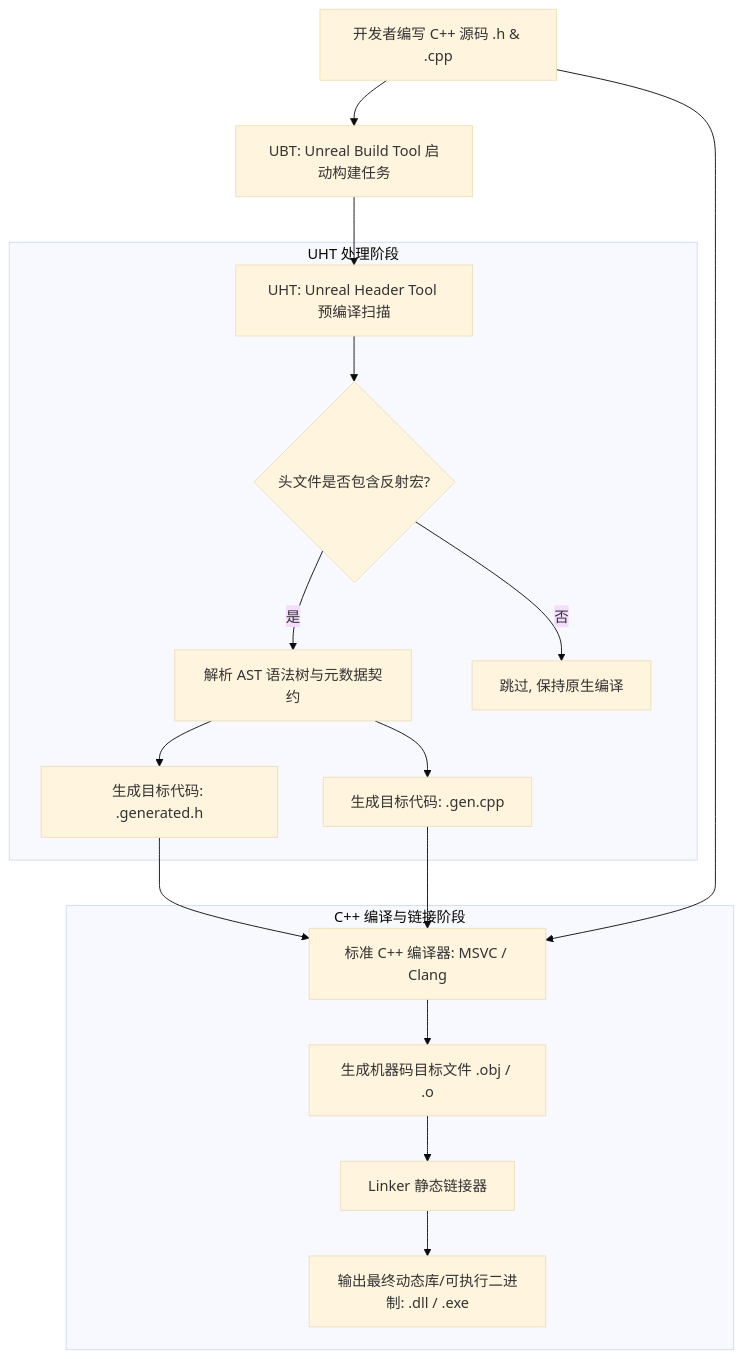
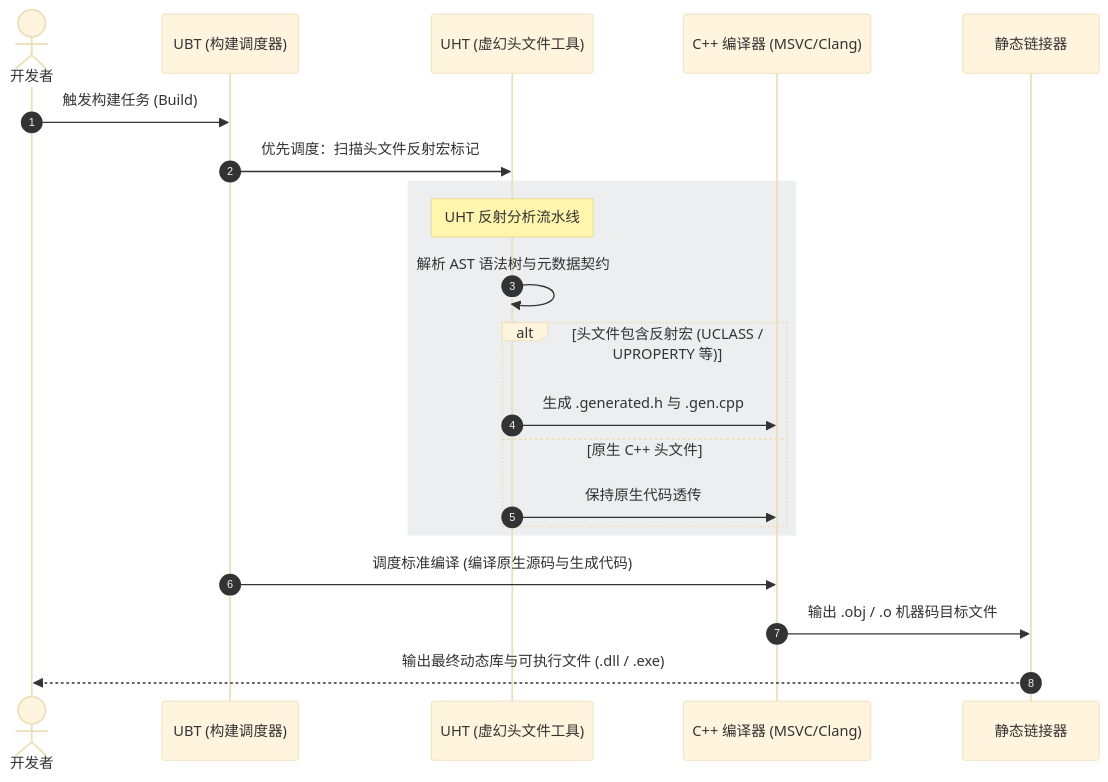
Before and after one commit to AreSet01/AreSet01.github.io: the first of 4 diagrams in src/content/posts/ue5-uht-generated-code-deep-dive.md, drawn with Mermaid (base theme). The commit also changed 6 other files, not shown here.

Commit message:
feat(mermaid): enhance rendering, zoom/pan controls, modal resolution and pointer visibility

````diff
--- a/src/content/posts/ue5-uht-generated-code-deep-dive.md
+++ b/src/content/posts/ue5-uht-generated-code-deep-dive.md
@@ -33,23 +33,26 @@
 ```mermaid title="虚幻引擎构建全流程时序图"
-flowchart TD
-    A[开发者编写 C++ 源码 .h & .cpp] --> B[UBT: Unreal Build Tool 启动构建任务]
-    B --> C[UHT: Unreal Header Tool 预编译扫描]
+sequenceDiagram
+    autonumber
+    actor Dev as 开发者
+    participant UBT as UBT (构建调度器)
+    participant UHT as UHT (虚幻头文件工具)
+    participant Comp as C++ 编译器 (MSVC/Clang)
+    participant Linker as 静态链接器
+
+    Dev->>UBT: 触发构建任务 (Build)
+    UBT->>UHT: 优先调度：扫描头文件反射宏标记
     
-    subgraph UHT 处理阶段
-        C --> D{头文件是否包含反射宏?}
-        D -- 是 --> E[解析 AST 语法树与元数据契约]
-        E --> F[生成目标代码: .generated.h]
-        E --> G[生成目标代码: .gen.cpp]
-        D -- 否 --> H[跳过, 保持原生编译]
+    rect rgb(30, 45, 60, 0.08)
+        note over UHT: UHT 反射分析流水线
+        UHT->>UHT: 解析 AST 语法树与元数据契约
+        alt 头文件包含反射宏 (UCLASS / UPROPERTY 等)
+            UHT->>Comp: 生成 .generated.h 与 .gen.cpp
+        else 原生 C++ 头文件
+            UHT->>Comp: 保持原生代码透传
+        end
     end
 
-    F --> I[标准 C++ 编译器: MSVC / Clang]
-    G --> I
-    A --> I
-    
-    subgraph C++ 编译与链接阶段
-        I --> J[生成机器码目标文件 .obj / .o]
-        J --> K[Linker 静态链接器]
-        K --> L[输出最终动态库/可执行二进制: .dll / .exe]
-    end
+    UBT->>Comp: 调度标准编译 (编译原生源码与生成代码)
+    Comp->>Linker: 输出 .obj / .o 机器码目标文件
+    Linker-->>Dev: 输出最终动态库与可执行文件 (.dll / .exe)
 ```
````
